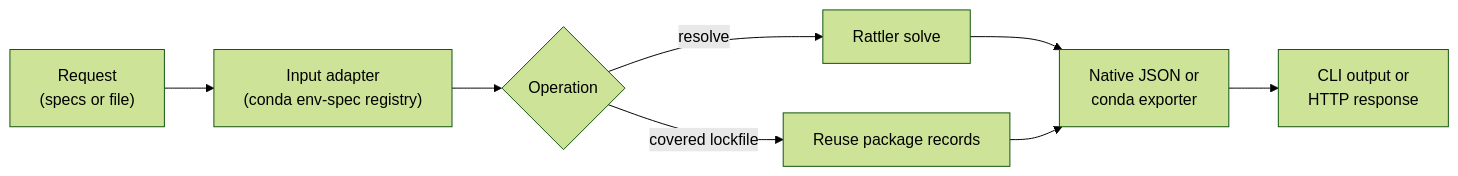
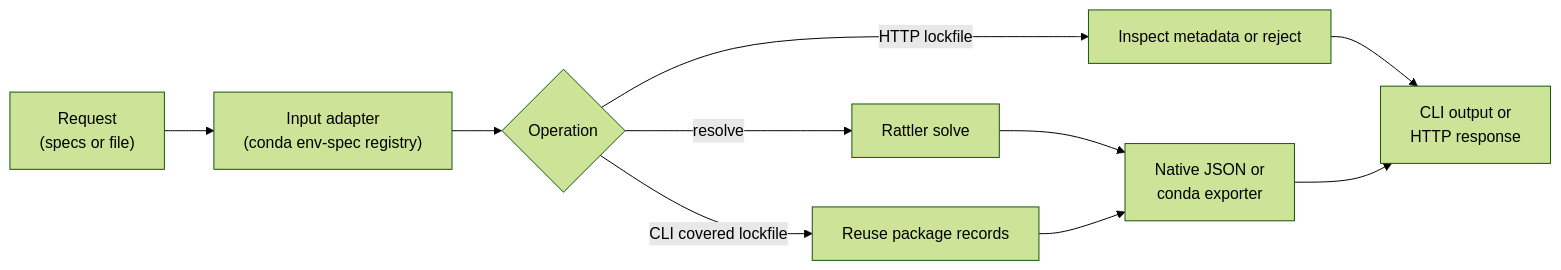
The first of 2 diagrams in docs/explanation/architecture.md (jezdez/conda-presto), drawn with Mermaid (forest theme) before and after one commit. The commit also changed other lines of this file and 71 other files, not shown here.

````diff
--- a/docs/explanation/architecture.md
+++ b/docs/explanation/architecture.md
@@ -14,10 +14,12 @@
 ```{mermaid}
 flowchart LR
     A["Request\n(specs or file)"] --> B["Input adapter\n(conda env-spec registry)"]
     B --> C{"Operation"}
     C -->|"resolve"| D["Rattler solve"]
-    C -->|"covered lockfile"| E["Reuse package records"]
+    C -->|"CLI covered lockfile"| E["Reuse package records"]
+    C -->|"HTTP lockfile"| H["Inspect metadata or reject"]
     D --> F["Native JSON or\nconda exporter"]
     E --> F
+    H --> G
     F --> G["CLI output or\nHTTP response"]
 ```
````
